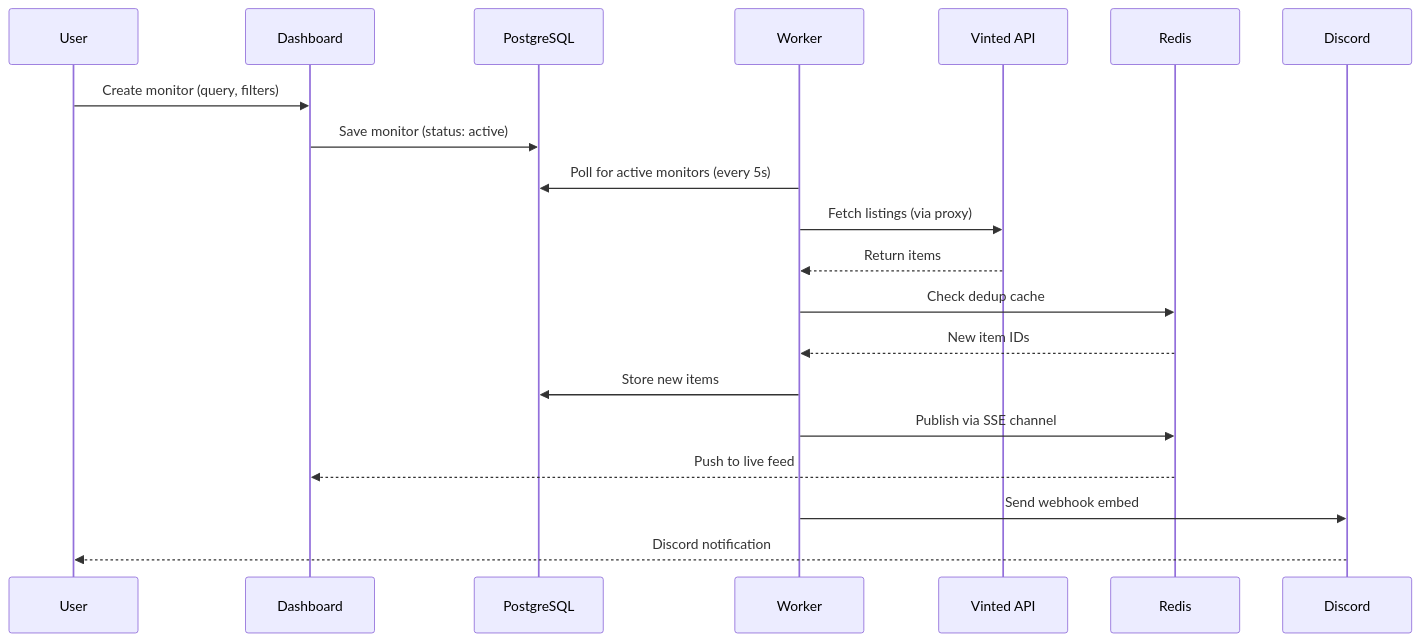
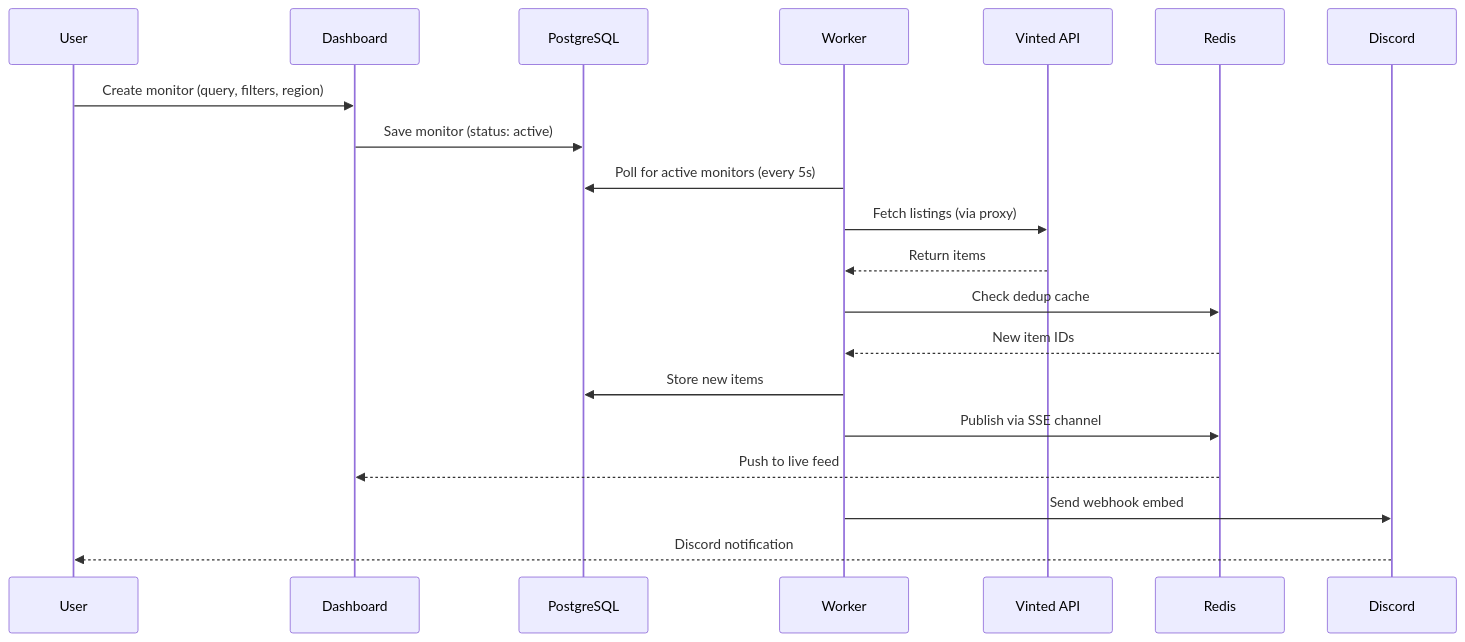
Before and after one commit to JakobAIOdev/Vintrack-Vinted-Monitor: the diagram in README.md, drawn with Mermaid. The commit also changed other lines of this file and 15 other files, not shown here.

````diff
--- a/README.md
+++ b/README.md
@@ -346,23 +355,23 @@
 ```mermaid
 sequenceDiagram
     participant U as User
     participant D as Dashboard
     participant DB as PostgreSQL
     participant W as Worker
     participant V as Vinted API
     participant R as Redis
     participant DC as Discord
 
-    U->>D: Create monitor (query, filters)
+    U->>D: Create monitor (query, filters, region)
     D->>DB: Save monitor (status: active)
     W->>DB: Poll for active monitors (every 5s)
     W->>V: Fetch listings (via proxy)
     V-->>W: Return items
     W->>R: Check dedup cache
     R-->>W: New item IDs
     W->>DB: Store new items
     W->>R: Publish via SSE channel
     R-->>D: Push to live feed
     W->>DC: Send webhook embed
     DC-->>U: Discord notification
 ```
````
